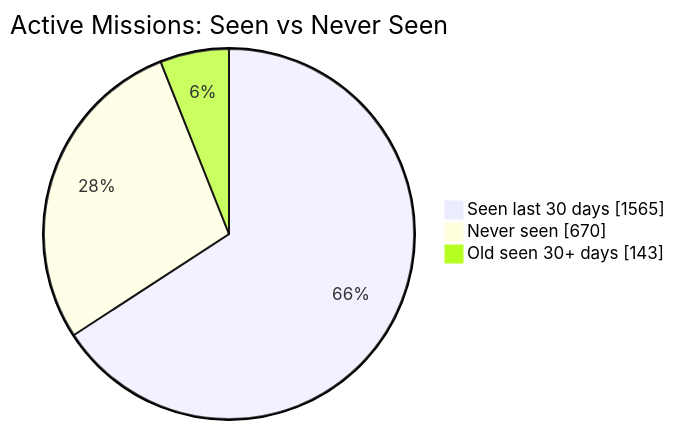
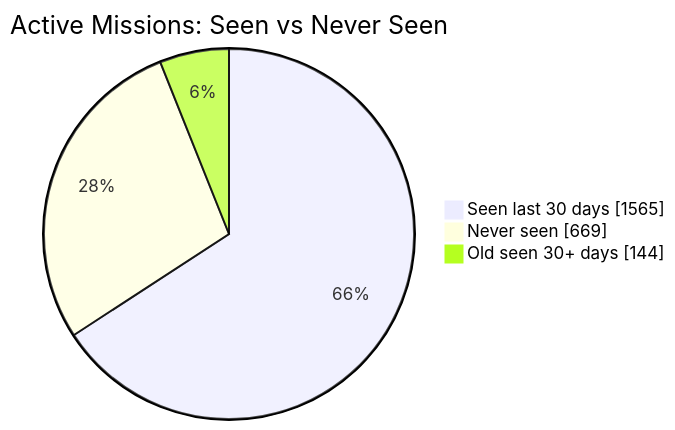
Before and after one commit to MeldkamerspelGameTeam/active-missions: the first of 2 diagrams in README.md, drawn with Mermaid. The commit also changed other lines of this file and 3 other files, not shown here.

````diff
--- a/README.md
+++ b/README.md
@@ -34,7 +34,7 @@
 ```mermaid
 pie showData
     title Active Missions: Seen vs Never Seen
     "Seen last 30 days" : 1565
-    "Never seen" : 670
-    "Old seen 30+ days" : 143
+    "Never seen" : 669
+    "Old seen 30+ days" : 144
 ```
````
